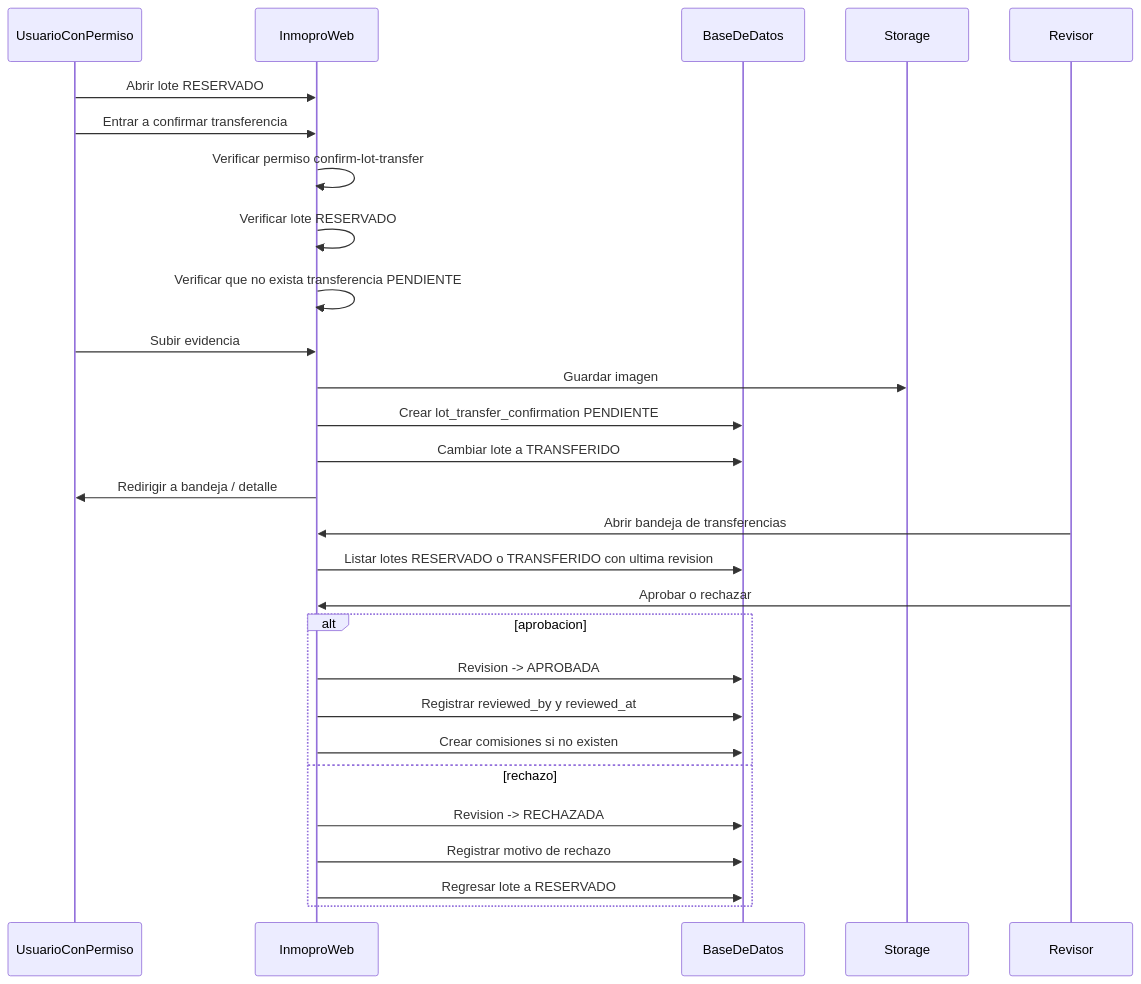
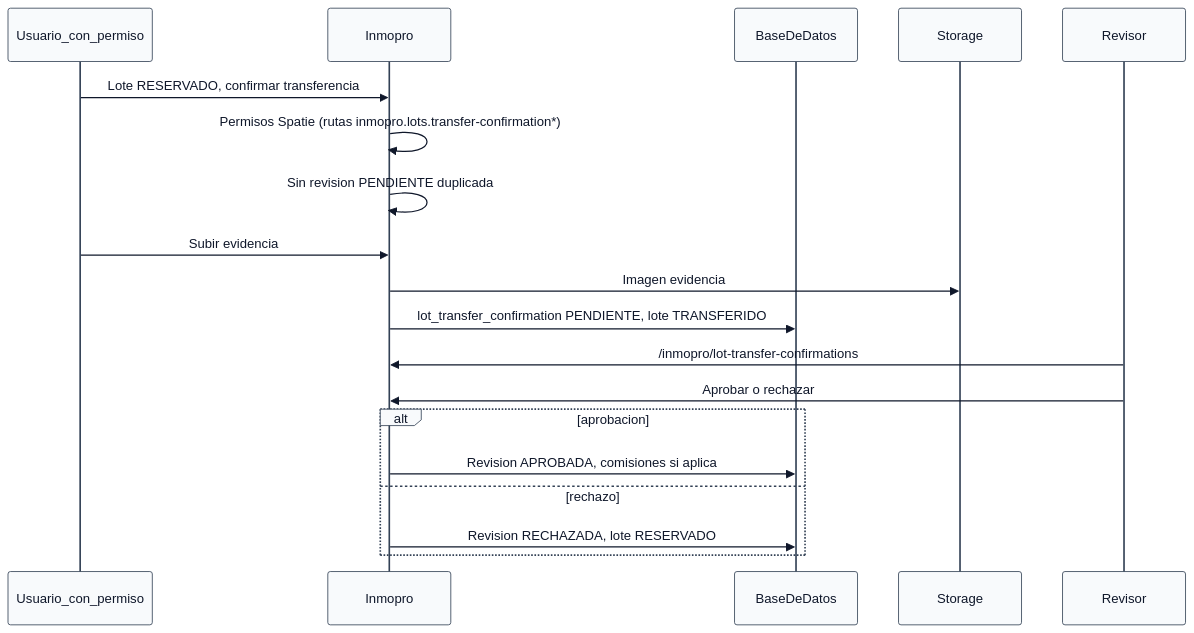
One commit to abitae/crm_lotes changed the fourth of 20 diagrams in docs/GRAFICO_PROCESOS_SISTEMA.md. Above: the diagram before and after it, drawn with Mermaid. The commit also changed other lines of this file and 54 other files, not shown here.

````diff
--- a/docs/GRAFICO_PROCESOS_SISTEMA.md
+++ b/docs/GRAFICO_PROCESOS_SISTEMA.md
@@ -104,32 +138,23 @@
 ```mermaid
+%%{init: {'theme':'base', 'themeVariables': {'primaryColor':'#ecfdf5','primaryTextColor':'#0f172a','primaryBorderColor':'#059669','lineColor':'#64748b','actorBkg':'#f8fafc','actorBorder':'#334155'}}}%%
 sequenceDiagram
-    participant user as UsuarioConPermiso
-    participant web as InmoproWeb
+    participant user as Usuario_con_permiso
+    participant web as Inmopro
     participant db as BaseDeDatos
     participant storage as Storage
     participant reviewer as Revisor
 
-    user->>web: Abrir lote RESERVADO
-    user->>web: Entrar a confirmar transferencia
-    web->>web: Verificar permiso confirm-lot-transfer
-    web->>web: Verificar lote RESERVADO
-    web->>web: Verificar que no exista transferencia PENDIENTE
+    user->>web: Lote RESERVADO, confirmar transferencia
+    web->>web: Permisos Spatie (rutas inmopro.lots.transfer-confirmation*)
+    web->>web: Sin revision PENDIENTE duplicada
     user->>web: Subir evidencia
-    web->>storage: Guardar imagen
-    web->>db: Crear lot_transfer_confirmation PENDIENTE
-    web->>db: Cambiar lote a TRANSFERIDO
-    web->>user: Redirigir a bandeja / detalle
-
-    reviewer->>web: Abrir bandeja de transferencias
-    web->>db: Listar lotes RESERVADO o TRANSFERIDO con ultima revision
+    web->>storage: Imagen evidencia
+    web->>db: lot_transfer_confirmation PENDIENTE, lote TRANSFERIDO
+    reviewer->>web: /inmopro/lot-transfer-confirmations
     reviewer->>web: Aprobar o rechazar
     alt aprobacion
-        web->>db: Revision -> APROBADA
-        web->>db: Registrar reviewed_by y reviewed_at
-        web->>db: Crear comisiones si no existen
+        web->>db: Revision APROBADA, comisiones si aplica
     else rechazo
-        web->>db: Revision -> RECHAZADA
-        web->>db: Registrar motivo de rechazo
-        web->>db: Regresar lote a RESERVADO
+        web->>db: Revision RECHAZADA, lote RESERVADO
     end
 ```
````
